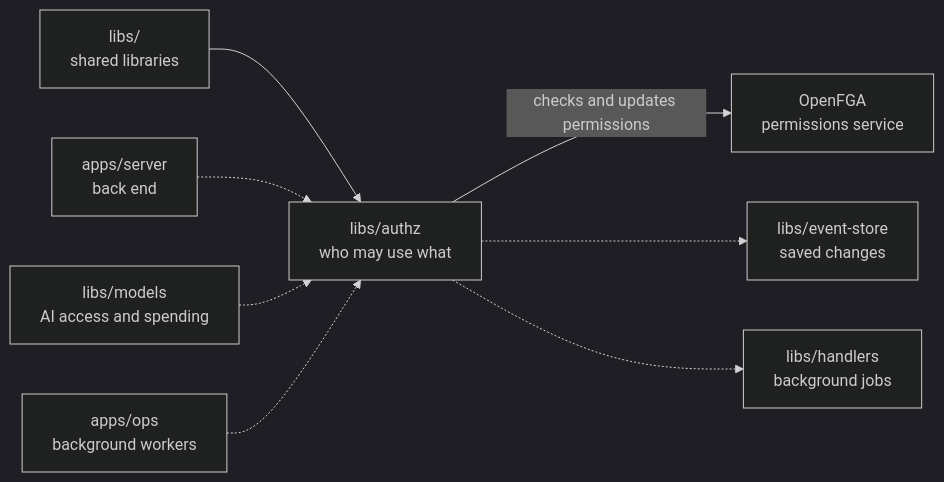
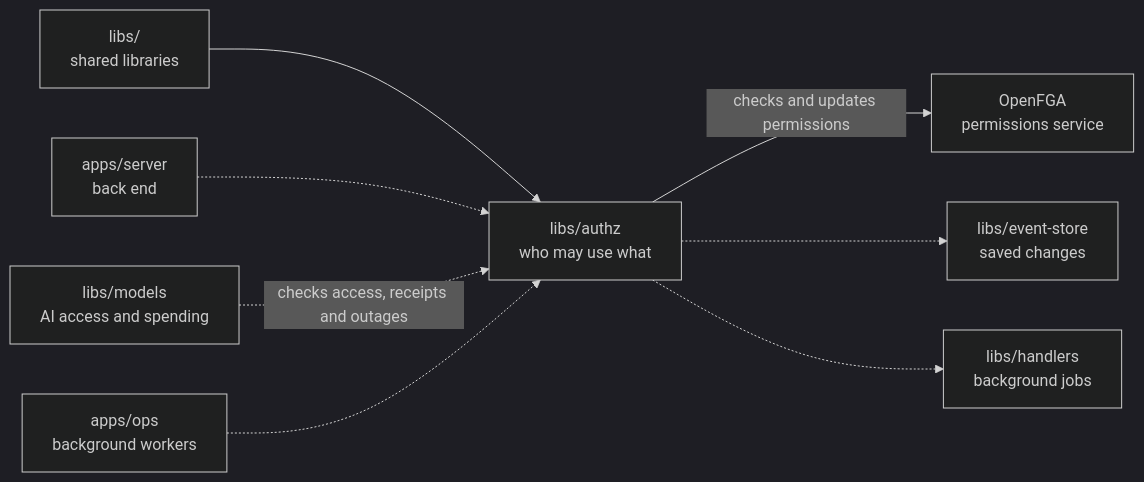
The diagram in libs/authz/README.md (elewa-git/opencrane-new), drawn with Mermaid (dark theme) before and after one commit. The commit also changed other lines of this file and 6 other files, not shown here.

````diff
--- a/libs/authz/README.md
+++ b/libs/authz/README.md
@@ -20,10 +20,10 @@
 ```mermaid
 flowchart LR
   parent["libs/<br/>shared libraries"] --> authz["libs/authz<br/>who may use what"]
   server["apps/server<br/>back end"] -.-> authz
-  models["libs/models<br/>AI access and spending"] -.-> authz
+  models["libs/models<br/>AI access and spending"] -.->|checks access, receipts and outages| authz
   ops["apps/ops<br/>background workers"] -.-> authz
   authz -->|checks and updates permissions| fga["OpenFGA<br/>permissions service"]
   authz -.-> store["libs/event-store<br/>saved changes"]
   authz -.-> handlers["libs/handlers<br/>background jobs"]
 ```
````
